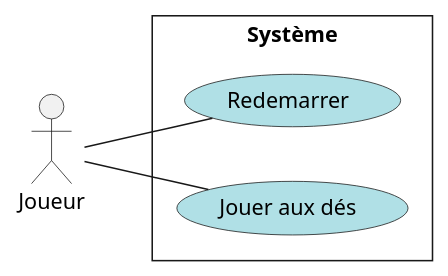
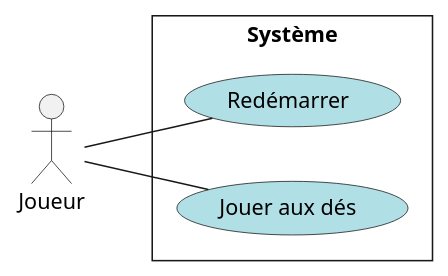
One commit to cc-probitaille/laboratoire-0-Alexis00Roy changed the diagram in docs/modeles/dcu.puml. Above: the diagram before and after it, drawn with PlantUML.

Commit message:
Update dcu.puml
correction

```diff
--- a/docs/modeles/dcu.puml
+++ b/docs/modeles/dcu.puml
@@ -1,18 +1,18 @@
 @startuml Diagramme de cas d'utilisation
 left to right direction
 skinparam style strictuml
 skinparam packageStyle rect
 skinparam backgroundcolor transparent
 skinparam defaultfontname Verdana
 actor Joueur as J
 rectangle "Système" {
-  (Redemarrer) as R #powderblue
+  (Redémarrer) as R #powderblue
   (Jouer aux dés) as JP #powderblue
 
 
 
   J -- R
   J -- JP
 
 }
 @enduml
```
